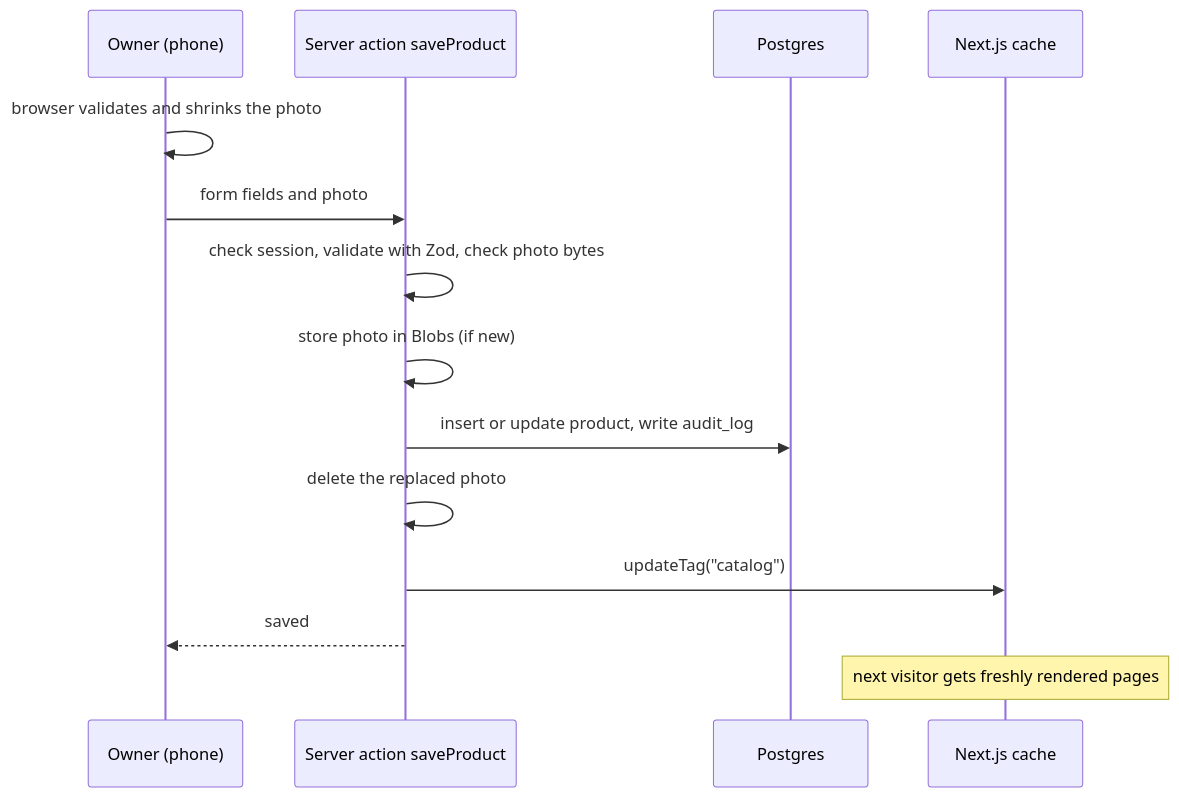
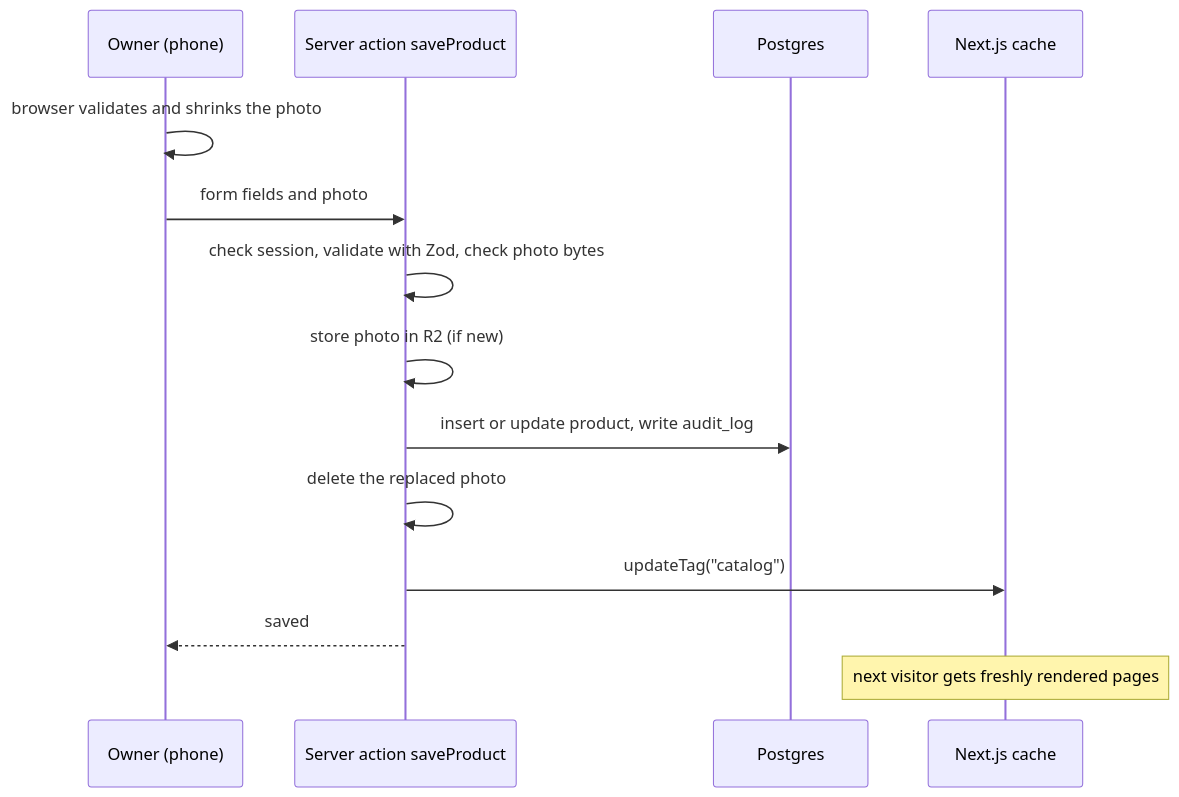
The third of 3 diagrams in docs/ARCHITECTURE.md (shubhamdsk/shree-balaji-paints-plywood-hardware), drawn with Mermaid before and after one commit. The commit also changed other lines of this file and 26 other files, not shown here.

````diff
--- a/docs/ARCHITECTURE.md
+++ b/docs/ARCHITECTURE.md
@@ -137,16 +137,16 @@
 ```mermaid
 sequenceDiagram
   participant O as Owner (phone)
   participant A as Server action saveProduct
   participant DB as Postgres
   participant C as Next.js cache
   O->>O: browser validates and shrinks the photo
   O->>A: form fields and photo
   A->>A: check session, validate with Zod, check photo bytes
-  A->>A: store photo in Blobs (if new)
+  A->>A: store photo in R2 (if new)
   A->>DB: insert or update product, write audit_log
   A->>A: delete the replaced photo
   A->>C: updateTag("catalog")
   A-->>O: saved
   Note over C: next visitor gets freshly rendered pages
 ```
````
